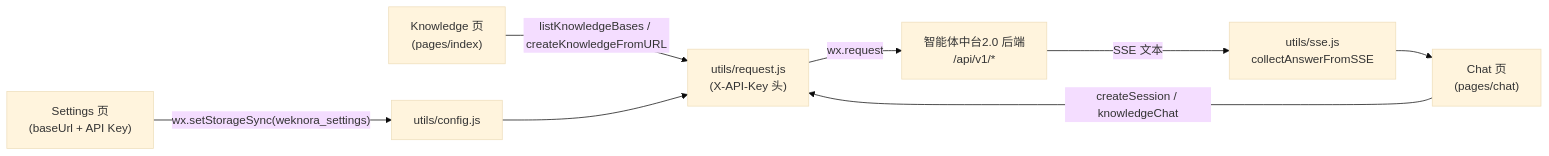
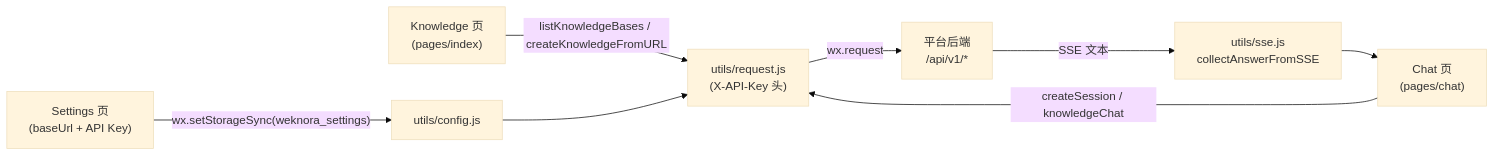
Before and after one commit to qinlei131479/WeKnora: the diagram in apps/docs/05-clients/04-miniprogram.md, drawn with Mermaid (base theme). The commit also changed other lines of this file and 58 other files, not shown here.

````diff
--- a/apps/docs/05-clients/04-miniprogram.md
+++ b/apps/docs/05-clients/04-miniprogram.md
@@ -99,10 +99,10 @@
 ```mermaid
 flowchart LR
     S["Settings 页<br/>(baseUrl + API Key)"] -->|"wx.setStorageSync(weknora_settings)"| C["utils/config.js"]
     K["Knowledge 页<br/>(pages/index)"] -->|"listKnowledgeBases / createKnowledgeFromURL"| R["utils/request.js<br/>(X-API-Key 头)"]
     Q["Chat 页<br/>(pages/chat)"] -->|"createSession / knowledgeChat"| R
-    R -->|"wx.request"| B["智能体中台2.0 后端<br/>/api/v1/*"]
+    R -->|"wx.request"| B["平台后端<br/>/api/v1/*"]
     B -->|"SSE 文本"| P["utils/sse.js<br/>collectAnswerFromSSE"]
     P --> Q
     C --> R
 ```
````
